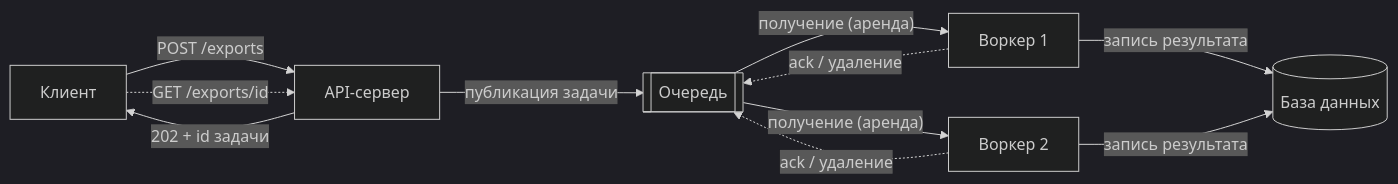
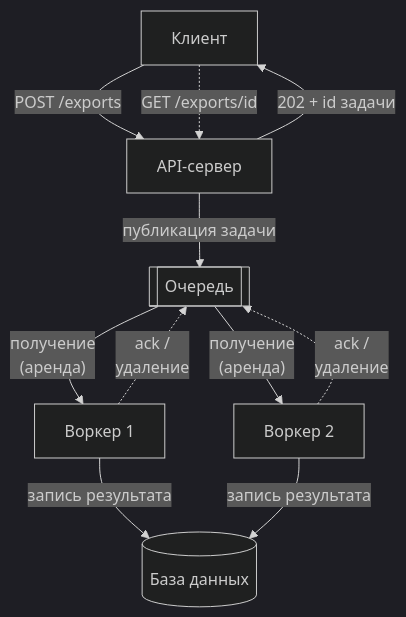
The first of 2 diagrams in src/content/docs/ru/async/queues-and-back-pressure.mdx (butyavk/system-design), drawn with Mermaid (dark theme) before and after one commit. The commit also changed 144 other files, not shown here.

````diff
--- a/src/content/docs/ru/async/queues-and-back-pressure.mdx
+++ b/src/content/docs/ru/async/queues-and-back-pressure.mdx
@@ -31,11 +31,11 @@
 ```mermaid
-flowchart LR
+flowchart TB
   client["Клиент"] -->|"POST /exports"| api["API-сервер"]
   api -->|"публикация задачи"| queue[["Очередь"]]
   api -->|"202 + id задачи"| client
-  queue -->|"получение (аренда)"| w1["Воркер 1"]
-  queue -->|"получение (аренда)"| w2["Воркер 2"]
+  queue -->|"получение<br/>(аренда)"| w1["Воркер 1"]
+  queue -->|"получение<br/>(аренда)"| w2["Воркер 2"]
   w1 & w2 -->|"запись результата"| db[("База данных")]
-  w1 & w2 -.->|"ack / удаление"| queue
+  w1 & w2 -.->|"ack /<br/>удаление"| queue
   client -.->|"GET /exports/id"| api
 ```
````
